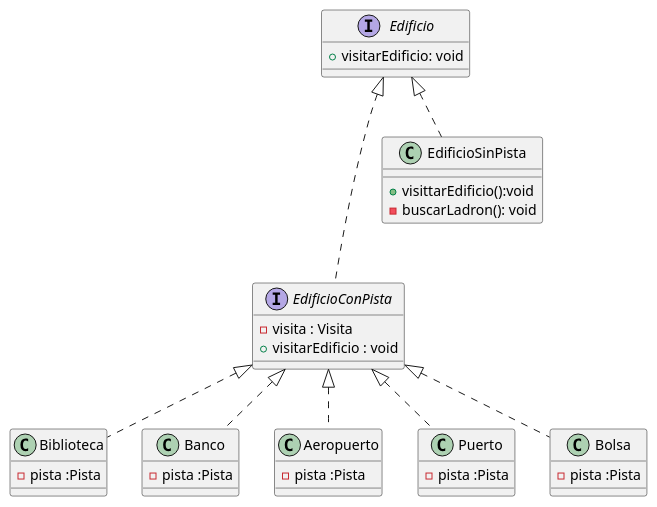
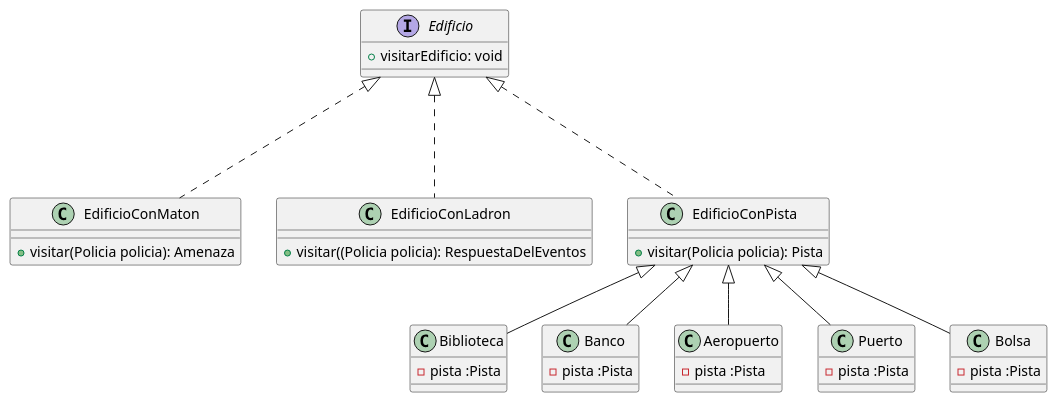
Before and after one commit to SeleneMartinez/Algo3_AlgoThief: the diagram in diagrams/classes/dc_edificio.plantuml, drawn with PlantUML. The commit also changed 9 other files, not shown here.

Commit message:
Modifeid diagrams

```diff
--- a/diagrams/classes/dc_edificio.plantuml
+++ b/diagrams/classes/dc_edificio.plantuml
@@ -1,52 +1,54 @@
 @startuml
 
 interface Edificio
 {
     +visitarEdificio: void
 }
-
-interface EdificioConPista
+class EdificioConMaton
 {
-    - visita : Visita 
-    +visitarEdificio : void
+    +visitar(Policia policia): Amenaza
 }
-class EdificioSinPista
+class EdificioConLadron
 {
-    +visittarEdificio():void
-    -buscarLadron(): void
+    +visitar((Policia policia): RespuestaDelEventos
 }
 
 class Biblioteca
 {
     -pista :Pista
 }
 
 class Banco
 {
     -pista :Pista
 }
 
 class Aeropuerto
 {
     -pista :Pista
 }
 class Puerto
 {
     -pista :Pista
 }
 class Bolsa
 {
     -pista :Pista
 }
 
-EdificioConPista<|.. Bolsa
-EdificioConPista<|.. Banco
-EdificioConPista<|.. Aeropuerto
-EdificioConPista<|.. Puerto
-EdificioConPista<|.. Biblioteca
+class EdificioConPista
+{
+    +visitar(Policia policia): Pista
+}
+EdificioConPista<|-- Bolsa
+EdificioConPista<|-- Banco
+EdificioConPista<|-- Aeropuerto
+EdificioConPista<|-- Puerto
+EdificioConPista<|-- Biblioteca
 
+Edificio <|... EdificioConLadron
+Edificio <|... EdificioConMaton
 Edificio <|... EdificioConPista
-Edificio <|..EdificioSinPista
 
 
 @enduml
```
